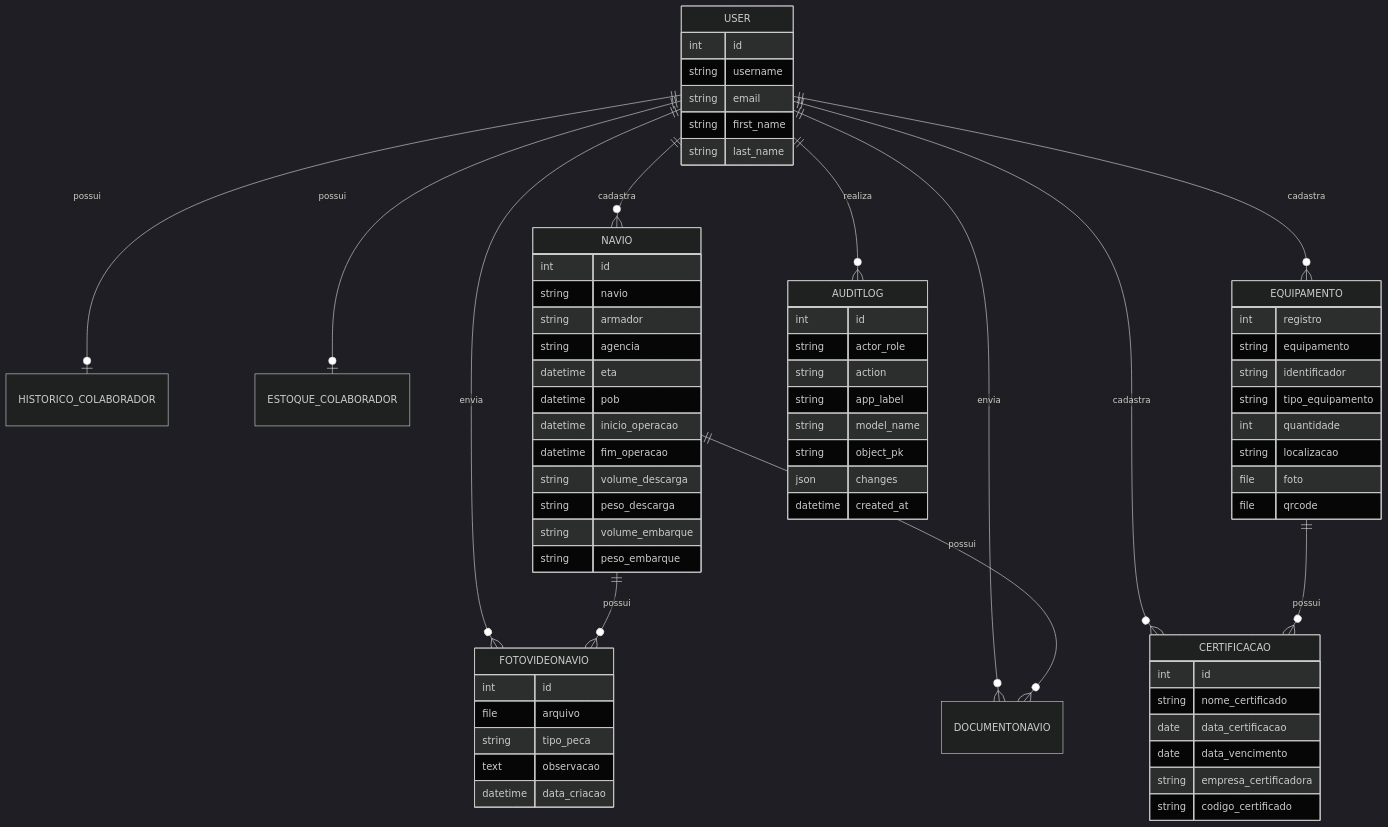
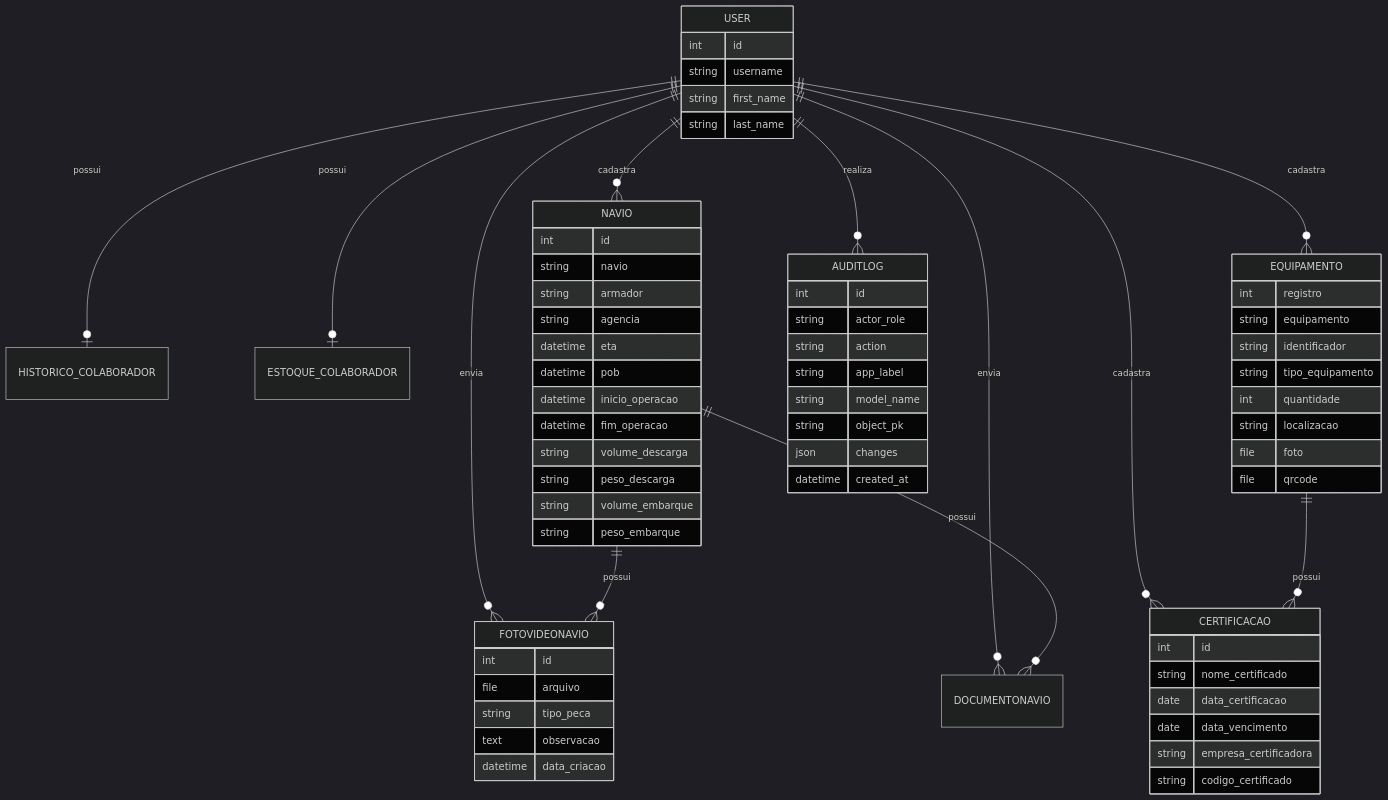
Before and after one commit to Ieoa/carga-geral: the diagram in docs/modelo_de_dados.md, drawn with Mermaid (dark theme). The commit also changed other lines of this file and 29 other files, not shown here.

````diff
--- a/docs/modelo_de_dados.md
+++ b/docs/modelo_de_dados.md
@@ -18,77 +19,76 @@
 ```mermaid
 erDiagram
     USER ||--o| HISTORICO_COLABORADOR : possui
     USER ||--o| ESTOQUE_COLABORADOR : possui
     USER ||--o{ NAVIO : cadastra
     USER ||--o{ FOTOVIDEONAVIO : envia
     USER ||--o{ DOCUMENTONAVIO : envia
     USER ||--o{ EQUIPAMENTO : cadastra
     USER ||--o{ CERTIFICACAO : cadastra
     USER ||--o{ AUDITLOG : realiza
 
     NAVIO ||--o{ FOTOVIDEONAVIO : possui
     NAVIO ||--o{ DOCUMENTONAVIO : possui
     EQUIPAMENTO ||--o{ CERTIFICACAO : possui
 
     USER {
         int id
         string username
-        string email
         string first_name
         string last_name
     }
 
     NAVIO {
         int id
         string navio
         string armador
         string agencia
         datetime eta
         datetime pob
         datetime inicio_operacao
         datetime fim_operacao
         string volume_descarga
         string peso_descarga
         string volume_embarque
         string peso_embarque
     }
 
     FOTOVIDEONAVIO {
         int id
         file arquivo
         string tipo_peca
         text observacao
         datetime data_criacao
     }
 
     EQUIPAMENTO {
         int registro
         string equipamento
         string identificador
         string tipo_equipamento
         int quantidade
         string localizacao
         file foto
         file qrcode
     }
 
     CERTIFICACAO {
         int id
         string nome_certificado
         date data_certificacao
         date data_vencimento
         string empresa_certificadora
         string codigo_certificado
     }
 
     AUDITLOG {
         int id
         string actor_role
         string action
         string app_label
         string model_name
         string object_pk
         json changes
         datetime created_at
     }
 ```
````
